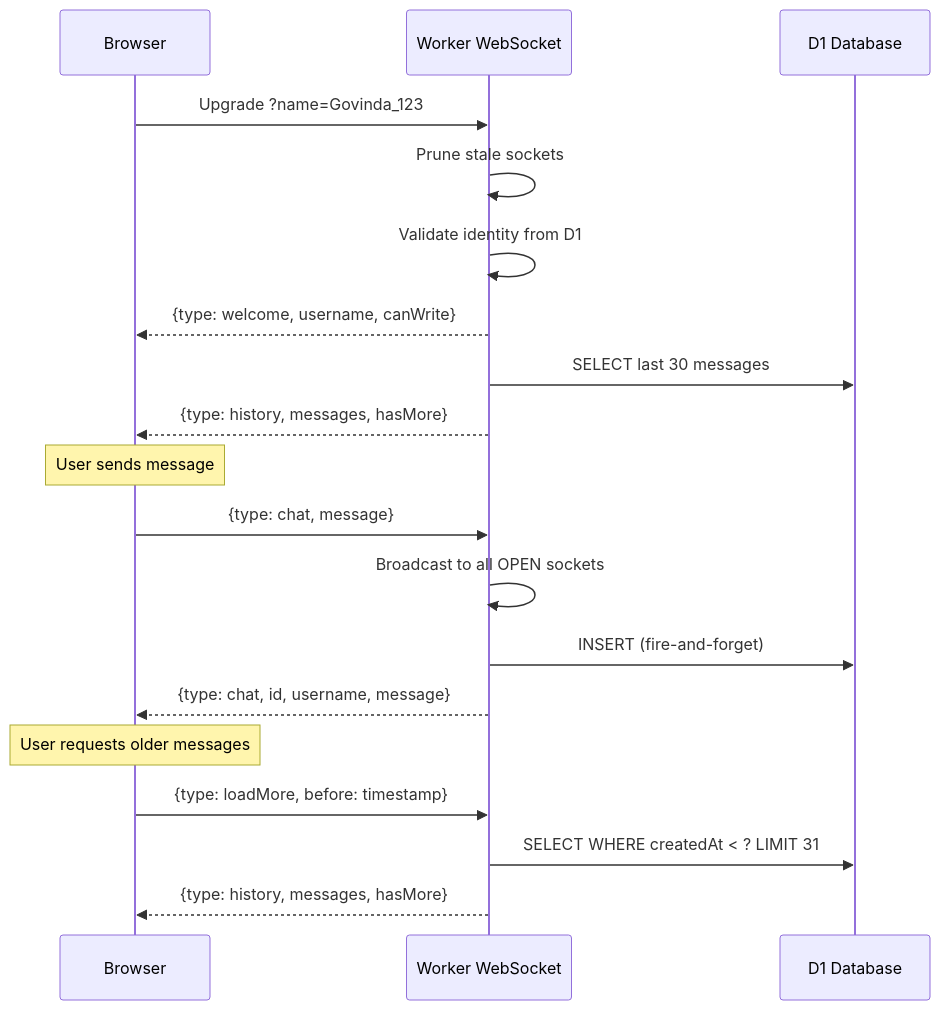
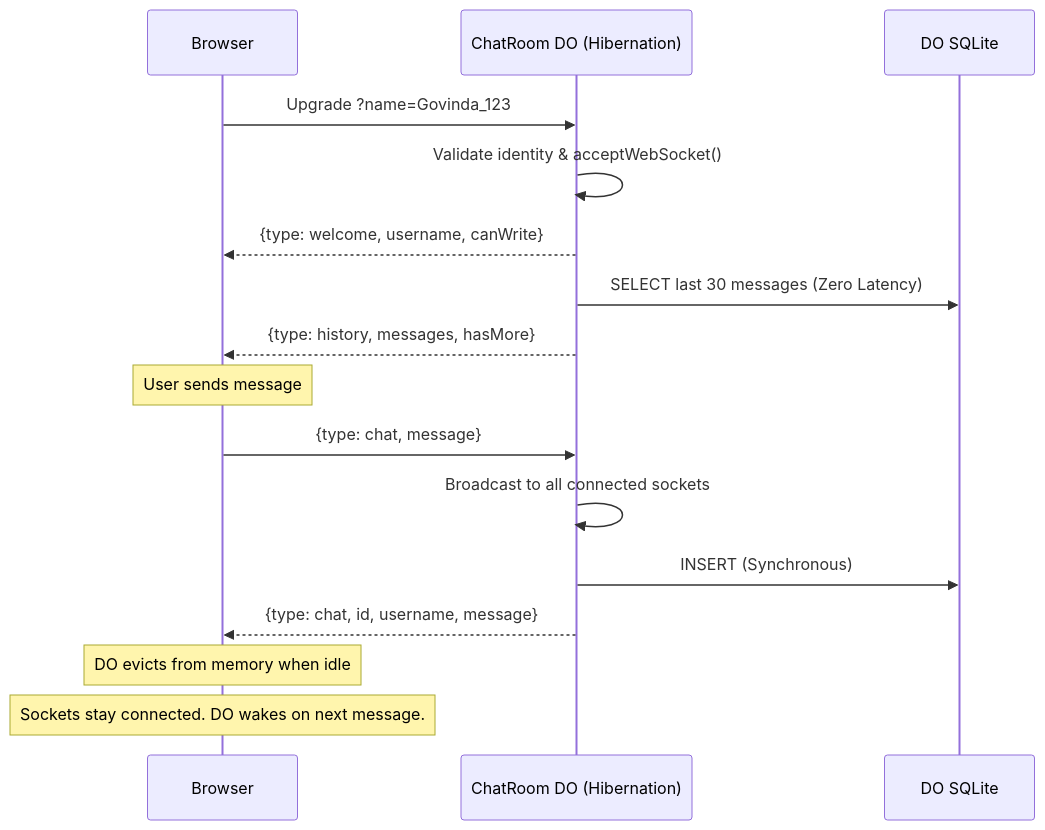
Before and after one commit to shreyam1008/buggy: the third of 3 diagrams in README.md, drawn with Mermaid. The commit also changed other lines of this file and 4 other files, not shown here.

Commit message:
feat: migrate chat to Cloudflare Durable Objects with SQLite, update frontend routing, and adjust canonical URLs.

````diff
--- a/README.md
+++ b/README.md
@@ -99,24 +100,21 @@
 ```mermaid
 sequenceDiagram
     participant Client as Browser
-    participant WS as Worker WebSocket
-    participant D1 as D1 Database
+    participant WS as ChatRoom DO (Hibernation)
+    participant DB as DO SQLite
 
     Client->>WS: Upgrade ?name=Govinda_123
-    WS->>WS: Prune stale sockets
-    WS->>WS: Validate identity from D1
+    WS->>WS: Validate identity & acceptWebSocket()
     WS-->>Client: {type: welcome, username, canWrite}
-    WS->>D1: SELECT last 30 messages
+    WS->>DB: SELECT last 30 messages (Zero Latency)
     WS-->>Client: {type: history, messages, hasMore}
 
     Note over Client: User sends message
     Client->>WS: {type: chat, message}
-    WS->>WS: Broadcast to all OPEN sockets
-    WS->>D1: INSERT (fire-and-forget)
+    WS->>WS: Broadcast to all connected sockets
+    WS->>DB: INSERT (Synchronous)
     WS-->>Client: {type: chat, id, username, message}
 
-    Note over Client: User requests older messages
-    Client->>WS: {type: loadMore, before: timestamp}
-    WS->>D1: SELECT WHERE createdAt < ? LIMIT 31
-    WS-->>Client: {type: history, messages, hasMore}
+    Note over Client: DO evicts from memory when idle
+    Note over Client: Sockets stay connected. DO wakes on next message.
 ```
````
